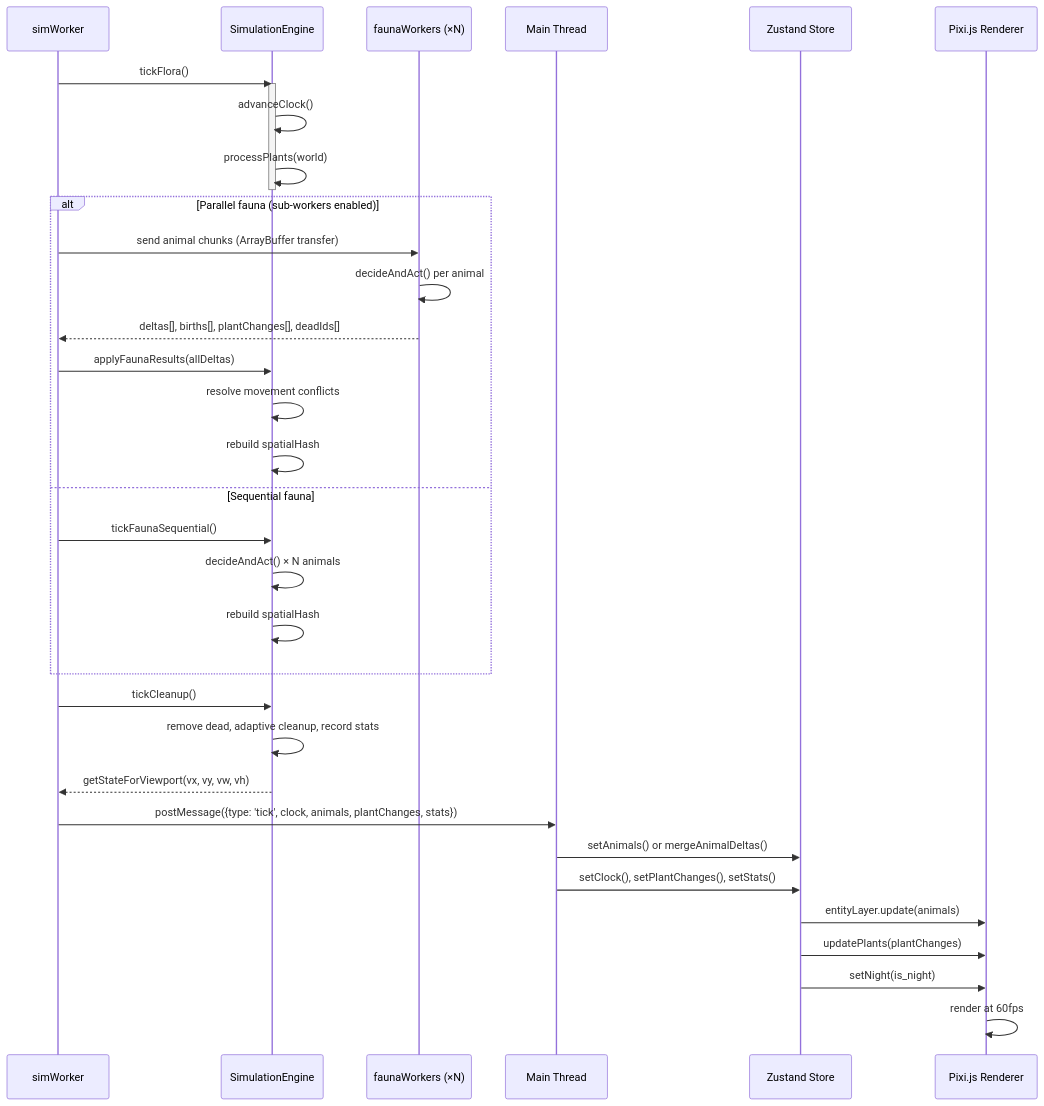
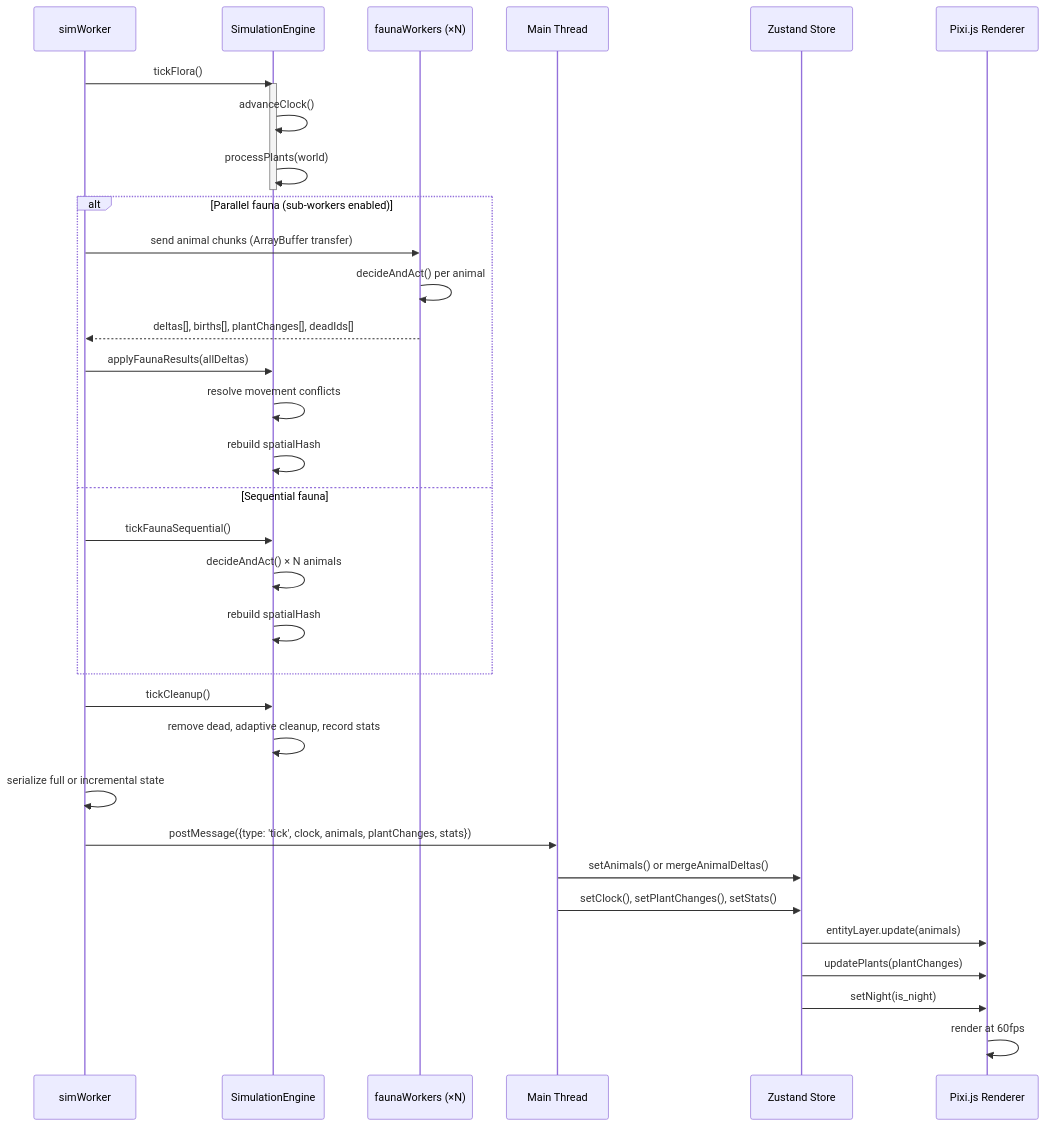
One commit to andrenepomuceno/BiomeSimulator changed the third of 6 diagrams in docs/architecture.md. Above: the diagram before and after it, drawn with Mermaid. The commit also changed other lines of this file and 11 other files, not shown here.

````diff
--- a/docs/architecture.md
+++ b/docs/architecture.md
@@ -58,40 +162,40 @@
 ```mermaid
 sequenceDiagram
     participant W as simWorker
     participant E as SimulationEngine
     participant FW as faunaWorkers (×N)
     participant M as Main Thread
     participant S as Zustand Store
     participant R as Pixi.js Renderer
 
     W->>E: tickFlora()
     activate E
     E->>E: advanceClock()
     E->>E: processPlants(world)
     deactivate E
 
     alt Parallel fauna (sub-workers enabled)
         W->>FW: send animal chunks (ArrayBuffer transfer)
         FW->>FW: decideAndAct() per animal
         FW-->>W: deltas[], births[], plantChanges[], deadIds[]
         W->>E: applyFaunaResults(allDeltas)
         E->>E: resolve movement conflicts
         E->>E: rebuild spatialHash
     else Sequential fauna
         W->>E: tickFaunaSequential()
         E->>E: decideAndAct() × N animals
         E->>E: rebuild spatialHash
     end
 
     W->>E: tickCleanup()
     E->>E: remove dead, adaptive cleanup, record stats
-    E-->>W: getStateForViewport(vx, vy, vw, vh)
+  W->>W: serialize full or incremental state
 
     W->>M: postMessage({type: 'tick', clock, animals, plantChanges, stats})
     M->>S: setAnimals() or mergeAnimalDeltas()
     M->>S: setClock(), setPlantChanges(), setStats()
     S->>R: entityLayer.update(animals)
     S->>R: updatePlants(plantChanges)
     S->>R: setNight(is_night)
     R->>R: render at 60fps
 ```
````
